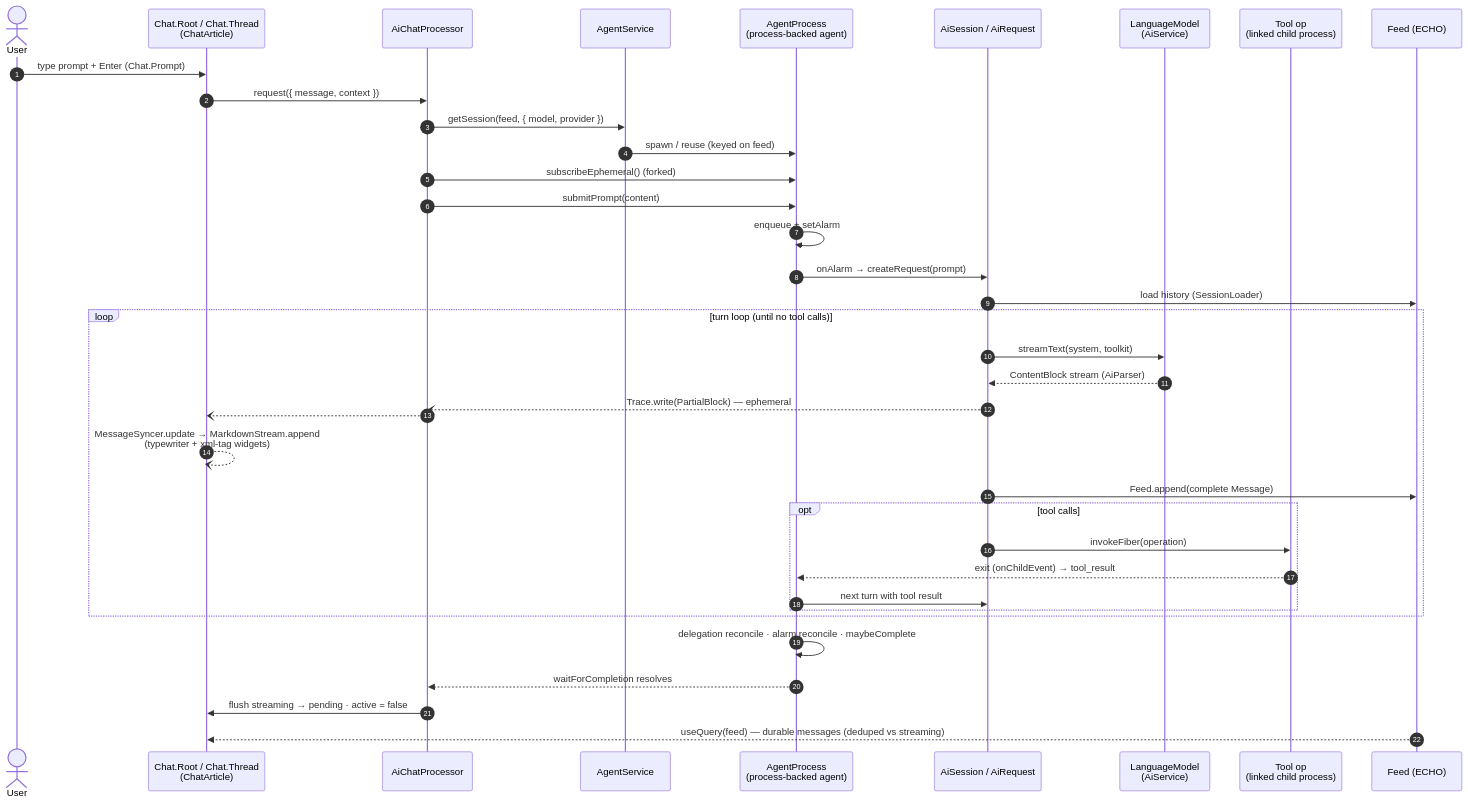
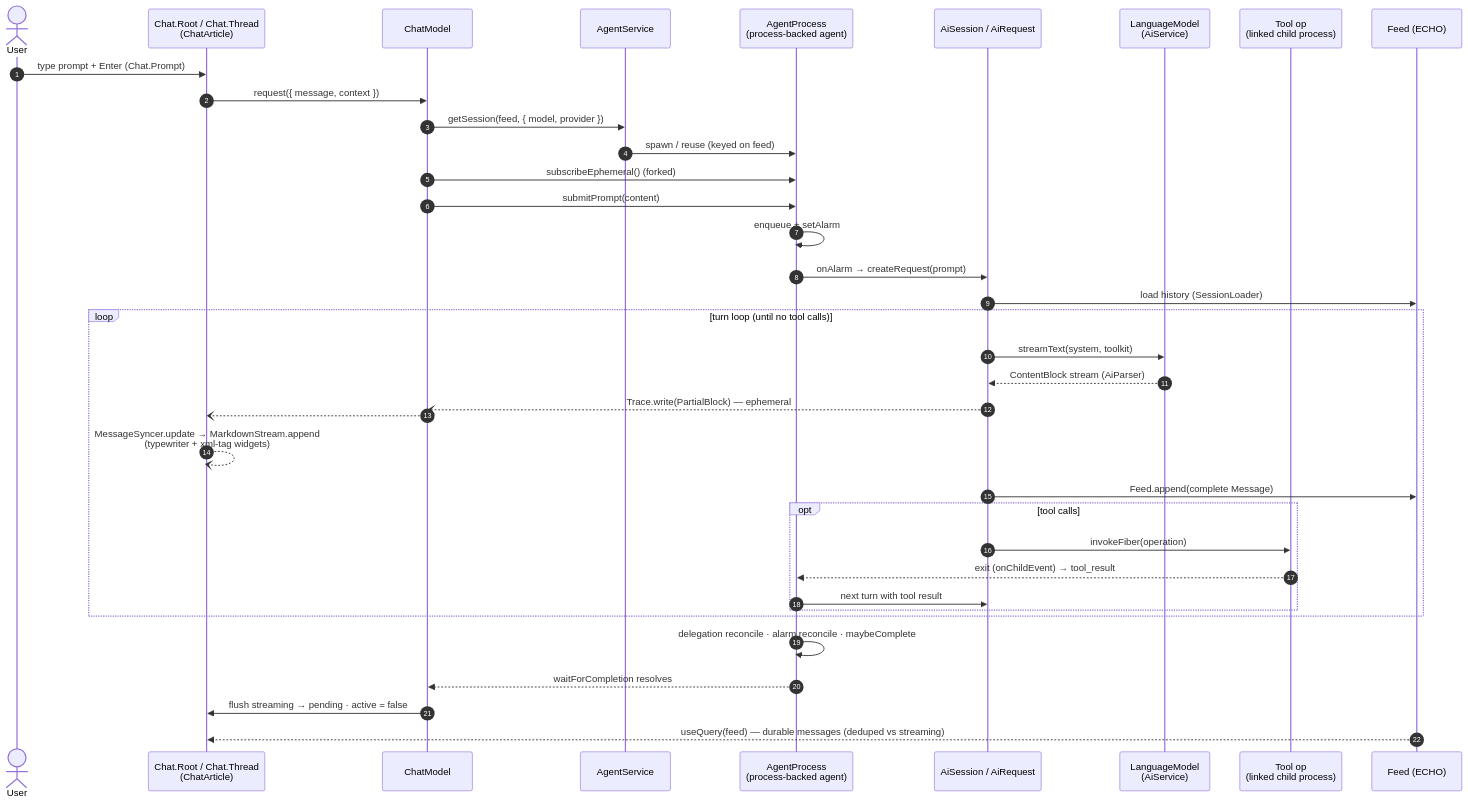
One commit to dxos/dxos changed the diagram in packages/plugins/plugin-assistant/docs/DESIGN.md. Above: the diagram before and after it, drawn with Mermaid. The commit also changed other lines of this file and 43 other files, not shown here.

First line of the commit message:
plugin-assistant: rename AiChatProcessor to ChatModel; add scripted indicator suite

````diff
--- a/packages/plugins/plugin-assistant/docs/DESIGN.md
+++ b/packages/plugins/plugin-assistant/docs/DESIGN.md
@@ -38,42 +38,42 @@
 ```mermaid
 sequenceDiagram
   autonumber
   actor U as User
   participant UI as Chat.Root / Chat.Thread<br/>(ChatArticle)
-  participant P as AiChatProcessor
+  participant P as ChatModel
   participant AS as AgentService
   participant AP as AgentProcess<br/>(process-backed agent)
   participant RQ as AiSession / AiRequest
   participant LM as LanguageModel<br/>(AiService)
   participant T as Tool op<br/>(linked child process)
   participant F as Feed (ECHO)
 
   U->>UI: type prompt + Enter (Chat.Prompt)
   UI->>P: request({ message, context })
   P->>AS: getSession(feed, { model, provider })
   AS->>AP: spawn / reuse (keyed on feed)
   P->>AP: subscribeEphemeral() (forked)
   P->>AP: submitPrompt(content)
   AP->>AP: enqueue + setAlarm
 
   AP->>RQ: onAlarm → createRequest(prompt)
   RQ->>F: load history (SessionLoader)
   loop turn loop (until no tool calls)
     RQ->>LM: streamText(system, toolkit)
     LM-->>RQ: ContentBlock stream (AiParser)
     RQ--)P: Trace.write(PartialBlock) — ephemeral
     P--)UI: #streaming atom → messages
     UI--)UI: MessageSyncer.update → MarkdownStream.append<br/>(typewriter + xml-tag widgets)
     RQ->>F: Feed.append(complete Message)
     opt tool calls
       RQ->>T: invokeFiber(operation)
       T-->>AP: exit (onChildEvent) → tool_result
       AP->>RQ: next turn with tool result
     end
   end
 
   AP->>AP: delegation reconcile · alarm reconcile · maybeComplete
   AP-->>P: waitForCompletion resolves
   P->>UI: flush streaming → pending · active = false
   F-->>UI: useQuery(feed) — durable messages (deduped vs streaming)
 ```
````
